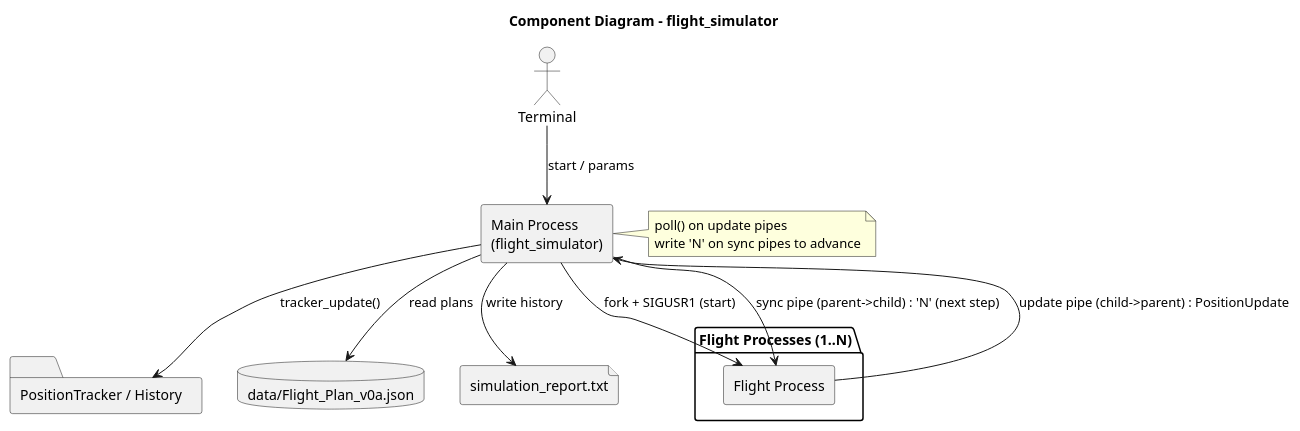
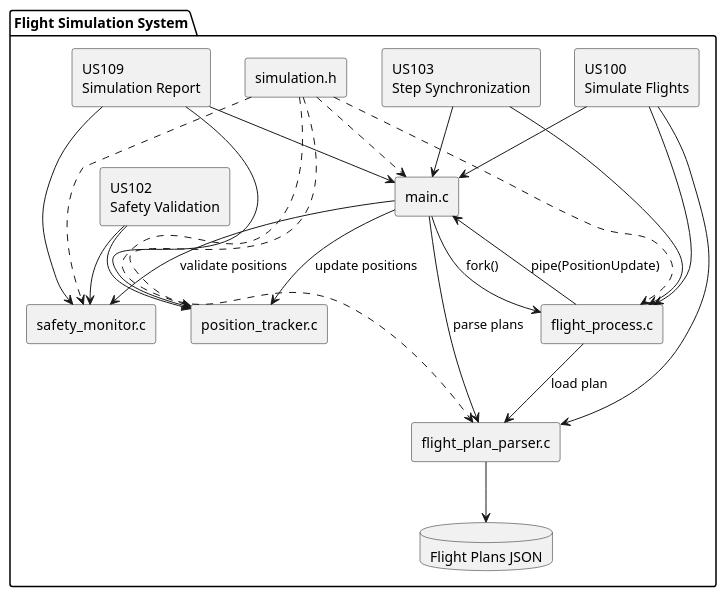
The diagram in scomp/docs/README.md (goncalolopesp/sem4pi2526-sem4pi2526_2di5), drawn with PlantUML before and after one commit. The commit also changed other lines of this file and 2 other files, not shown here.

Commit message:
#103 > Update documentation and simulation flow

`````diff
--- a/scomp/docs/README.md
+++ b/scomp/docs/README.md
@@ -5,21 +353,53 @@
-```plantuml
+```puml
 @startuml
-title Component Diagram - flight_simulator
-actor "Terminal" as T
-rectangle "Main Process\n(flight_simulator)" as Main
-folder "PositionTracker / History" as Tracker
-package "Flight Processes (1..N)" {
-  rectangle "Flight Process" as Flight
+
+skinparam componentStyle rectangle
+
+package "Flight Simulation System" {
+
+    [main.c] as Main
+    [flight_process.c] as FlightProcess
+    [flight_plan_parser.c] as Parser
+    [position_tracker.c] as Tracker
+    [safety_monitor.c] as Safety
+    [simulation.h] as Simulation
+
+    database "Flight Plans JSON" as Json
+
+    component "US100\nSimulate Flights" as US100
+    component "US102\nSafety Validation" as US102
+    component "US103\nStep Synchronization" as US103
+    component "US109\nSimulation Report" as US109
 }
-database "data/Flight_Plan_v0a.json" as FP
-file "simulation_report.txt" as Report
-T --> Main : start / params
-Main --> FP : read plans
-Main --> Flight : fork + SIGUSR1 (start)
-Main --> Flight : sync pipe (parent->child) : 'N' (next step)
-Flight --> Main : update pipe (child->parent) : PositionUpdate
-Main --> Tracker : tracker_update()
-Main --> Report : write history
-note right of Main: poll() on update pipes\nwrite 'N' on sync pipes to advance
+
+Main --> FlightProcess : fork()
+Main --> Tracker : update positions
+Main --> Safety : validate positions
+Main --> Parser : parse plans
+Parser --> Json
+
+FlightProcess --> Parser : load plan
+FlightProcess --> Main : pipe(PositionUpdate)
+
+US100 --> Main
+US100 --> FlightProcess
+US100 --> Parser
+
+US102 --> Safety
+US102 --> Tracker
+
+US103 --> Main
+US103 --> FlightProcess
+
+US109 --> Tracker
+US109 --> Safety
+US109 --> Main
+
+Simulation ..> Main
+Simulation ..> FlightProcess
+Simulation ..> Tracker
+Simulation ..> Safety
+Simulation ..> Parser
+
 @enduml
-```
+````
`````
